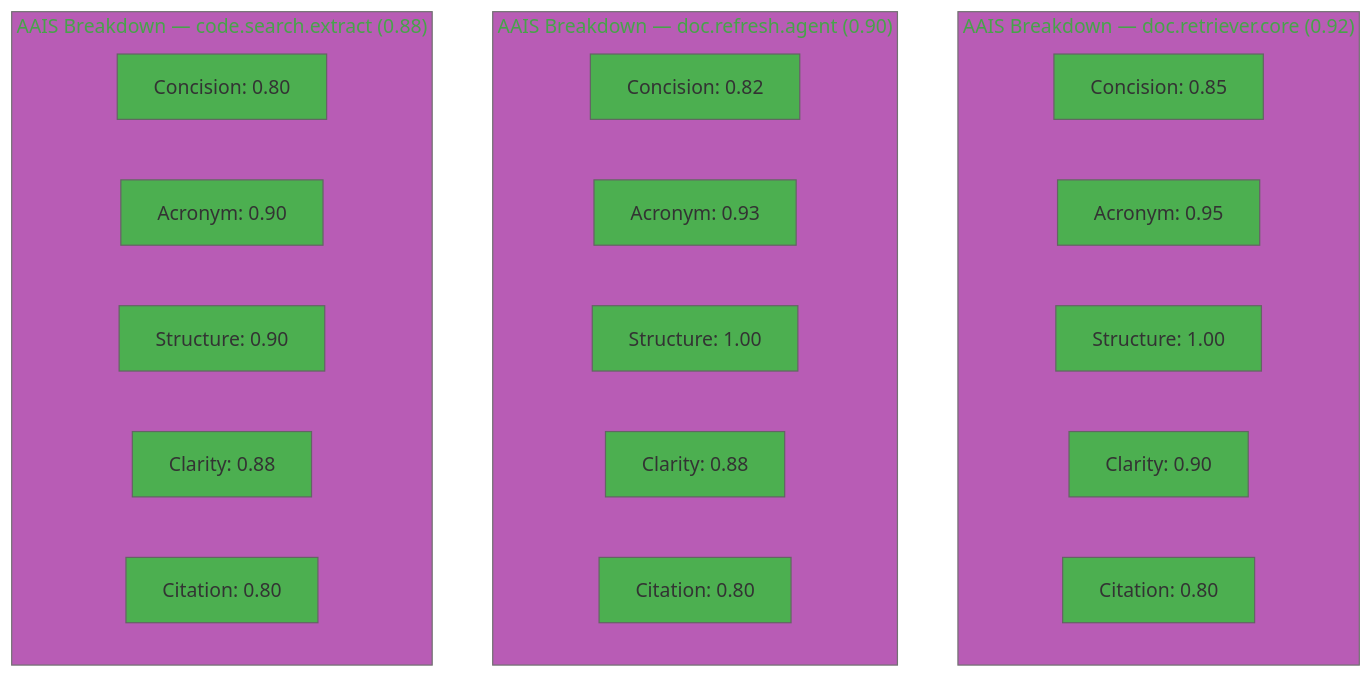
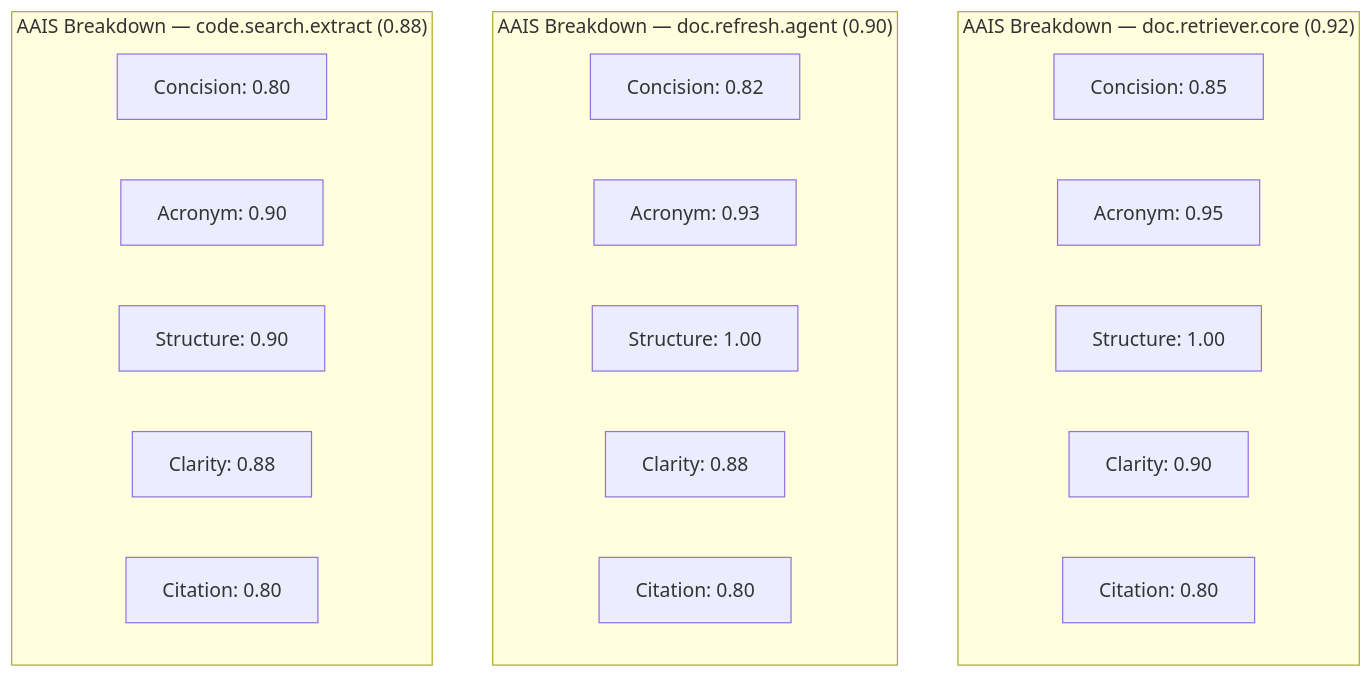
The second of 5 diagrams in docs/discussions/SKILLS_TELEMETRY_DASHBOARD.md (Aries-Serpent/_codex_), drawn with Mermaid before and after one commit. The commit also changed other lines of this file and 649 other files, not shown here.

````diff
--- a/docs/discussions/SKILLS_TELEMETRY_DASHBOARD.md
+++ b/docs/discussions/SKILLS_TELEMETRY_DASHBOARD.md
@@ -98,27 +99,28 @@
 ```mermaid
+%%{init: {'accessibility': {'title': 'Diagram Configuration showing "Concision: 0.85", "Acronym: 0.95"'}}%%
 %%{init: {'theme': 'base', 'themeVariables': {'primaryColor': '#4CAF50'}}}%%
 graph TD
     subgraph "AAIS Breakdown — doc.retriever.core (0.92)"
         DR_C["Concision: 0.85"]
         DR_A["Acronym: 0.95"]
         DR_S["Structure: 1.00"]
         DR_CL["Clarity: 0.90"]
         DR_CI["Citation: 0.80"]
     end
 
     subgraph "AAIS Breakdown — doc.refresh.agent (0.90)"
         RF_C["Concision: 0.82"]
         RF_A["Acronym: 0.93"]
         RF_S["Structure: 1.00"]
         RF_CL["Clarity: 0.88"]
         RF_CI["Citation: 0.80"]
     end
 
     subgraph "AAIS Breakdown — code.search.extract (0.88)"
         CS_C["Concision: 0.80"]
         CS_A["Acronym: 0.90"]
         CS_S["Structure: 0.90"]
         CS_CL["Clarity: 0.88"]
         CS_CI["Citation: 0.80"]
     end
 ```
````
